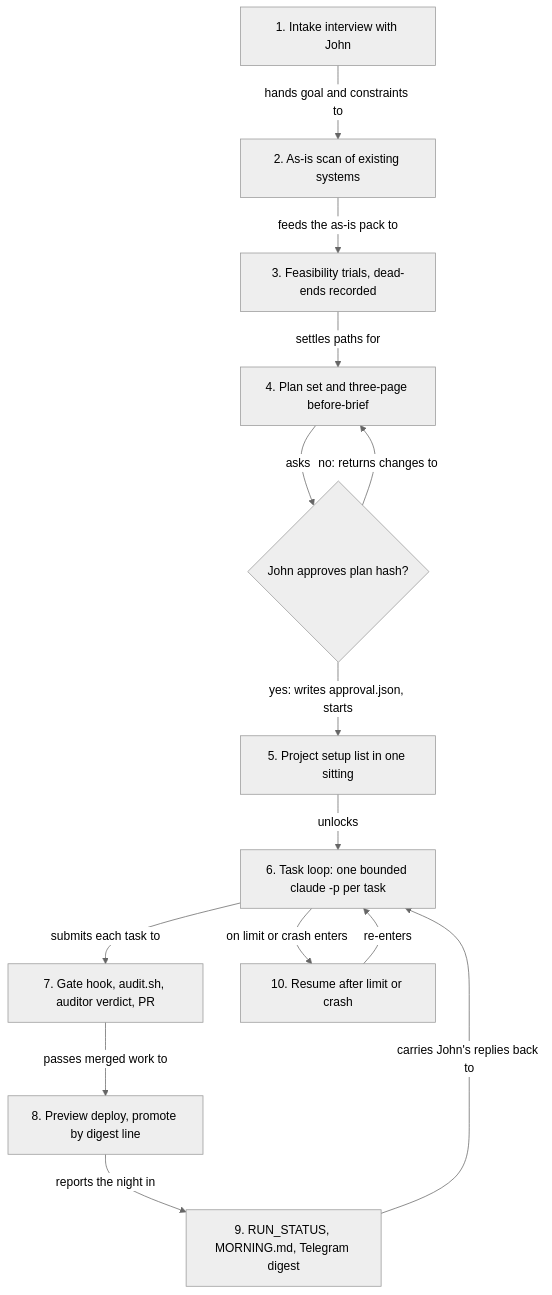
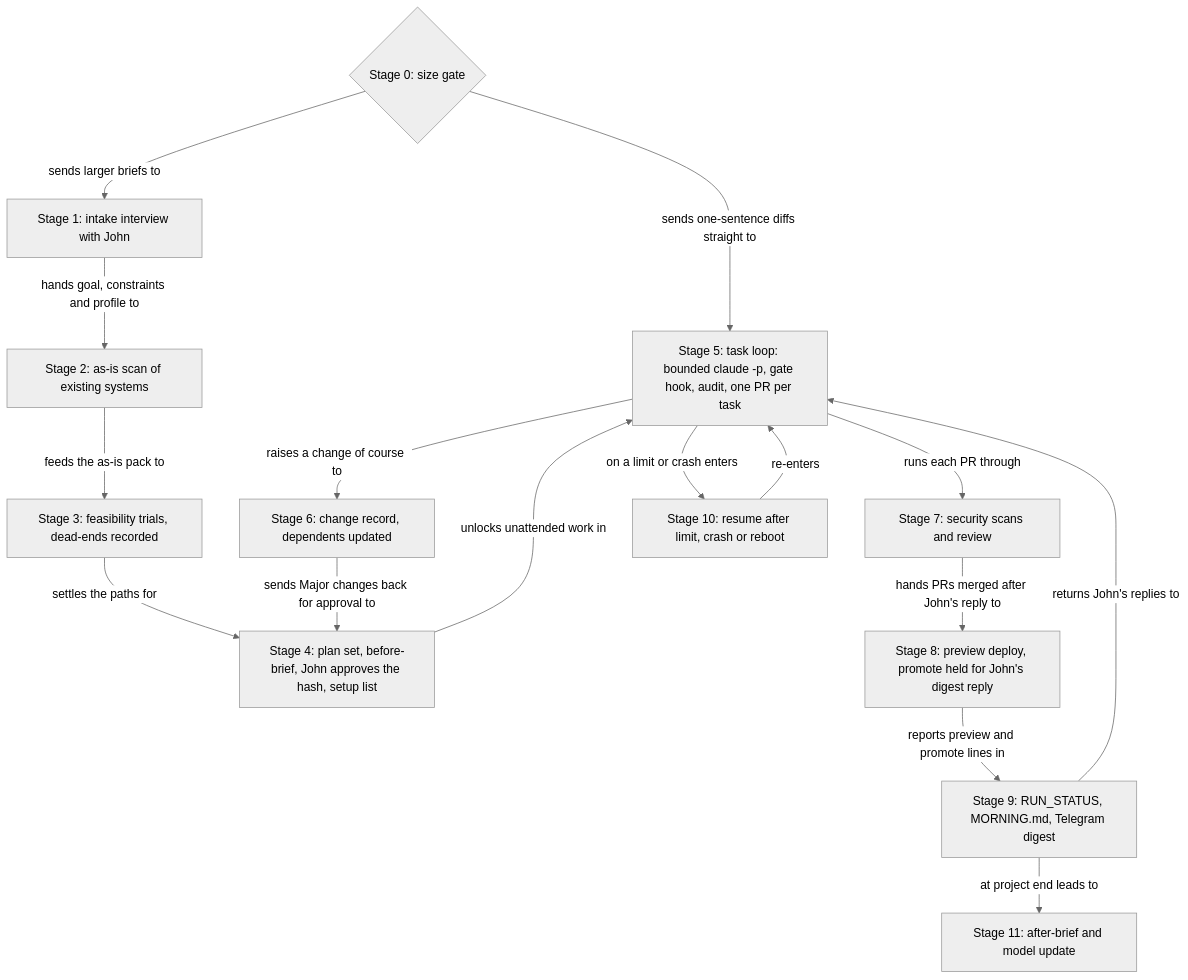
Before and after one commit to jcallahanp/Autonomy-Research: the diagram in docs/diagrams/engineer-project-flow.mmd, drawn with Mermaid (neutral theme). The commit also changed 9 other files, not shown here.

```diff
--- a/docs/diagrams/engineer-project-flow.mmd
+++ b/docs/diagrams/engineer-project-flow.mmd
@@ -1,26 +1,29 @@
 flowchart TD
-  intake[1. Intake interview with John]
-  asis[2. As-is scan of existing systems]
-  trials[3. Feasibility trials, dead-ends recorded]
-  plan[4. Plan set and three-page before-brief]
-  approve{John approves plan hash?}
-  setup[5. Project setup list in one sitting]
-  loop[6. Task loop: one bounded claude -p per task]
-  audit[7. Gate hook, audit.sh, auditor verdict, PR]
-  deploy[8. Preview deploy, promote by digest line]
-  morning[9. RUN_STATUS, MORNING.md, Telegram digest]
-  resume[10. Resume after limit or crash]
+  s0{Stage 0: size gate}
+  s1[Stage 1: intake interview with John]
+  s2[Stage 2: as-is scan of existing systems]
+  s3[Stage 3: feasibility trials, dead-ends recorded]
+  s4[Stage 4: plan set, before-brief, John approves the hash, setup list]
+  s5[Stage 5: task loop: bounded claude -p, gate hook, audit, one PR per task]
+  s6[Stage 6: change record, dependents updated]
+  s7[Stage 7: security scans and review]
+  s8[Stage 8: preview deploy, promote held for John's digest reply]
+  s9[Stage 9: RUN_STATUS, MORNING.md, Telegram digest]
+  s10[Stage 10: resume after limit, crash or reboot]
+  s11[Stage 11: after-brief and model update]
 
-  intake -- "hands goal and constraints to" --> asis
-  asis -- "feeds the as-is pack to" --> trials
-  trials -- "settles paths for" --> plan
-  plan -- "asks" --> approve
-  approve -- "yes: writes approval.json, starts" --> setup
-  approve -- "no: returns changes to" --> plan
-  setup -- "unlocks" --> loop
-  loop -- "submits each task to" --> audit
-  audit -- "passes merged work to" --> deploy
-  deploy -- "reports the night in" --> morning
-  morning -- "carries John's replies back to" --> loop
-  loop -- "on limit or crash enters" --> resume
-  resume -- "re-enters" --> loop
+  s0 -- "sends one-sentence diffs straight to" --> s5
+  s0 -- "sends larger briefs to" --> s1
+  s1 -- "hands goal, constraints and profile to" --> s2
+  s2 -- "feeds the as-is pack to" --> s3
+  s3 -- "settles the paths for" --> s4
+  s4 -- "unlocks unattended work in" --> s5
+  s5 -- "raises a change of course to" --> s6
+  s6 -- "sends Major changes back for approval to" --> s4
+  s5 -- "runs each PR through" --> s7
+  s7 -- "hands PRs merged after John's reply to" --> s8
+  s8 -- "reports preview and promote lines in" --> s9
+  s9 -- "returns John's replies to" --> s5
+  s5 -- "on a limit or crash enters" --> s10
+  s10 -- "re-enters" --> s5
+  s9 -- "at project end leads to" --> s11
```
